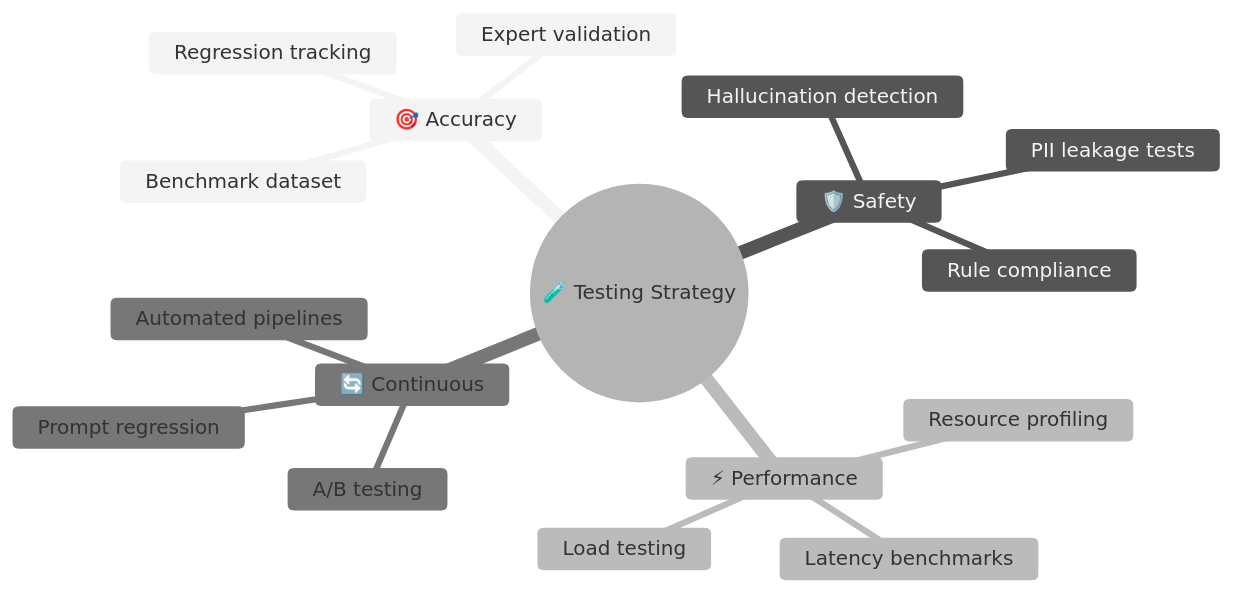
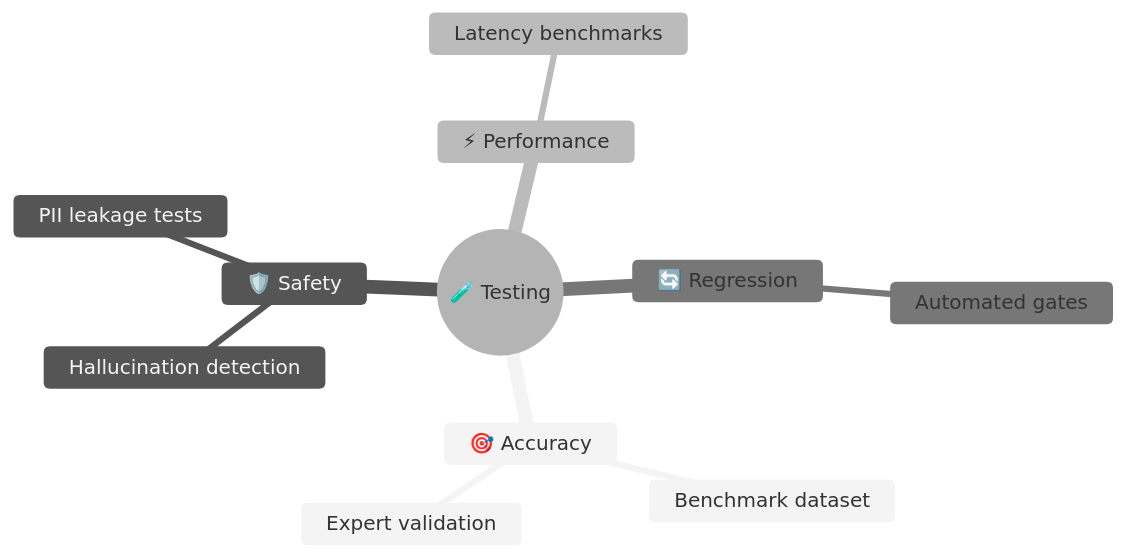
Before and after one commit to Px8Studio/yonja: the first of 2 diagrams in docs/zekalab/04-TESTING-STRATEGY.md, drawn with Mermaid. The commit also changed other lines of this file and 21 other files, not shown here.

Commit message:
Refactor documentation: Remove outdated welcome UI analysis and update README for ALEM project overview and architecture details

````diff
--- a/docs/zekalab/04-TESTING-STRATEGY.md
+++ b/docs/zekalab/04-TESTING-STRATEGY.md
@@ -24,21 +22,15 @@
 ```mermaid
 %%{init: {'theme': 'neutral'}}%%
 mindmap
-  root((🧪 Testing Strategy))
+  root((🧪 Testing))
     🎯 Accuracy
       Benchmark dataset
       Expert validation
-      Regression tracking
     🛡️ Safety
       Hallucination detection
       PII leakage tests
-      Rule compliance
     ⚡ Performance
       Latency benchmarks
-      Load testing
-      Resource profiling
-    🔄 Continuous
-      Automated pipelines
-      Prompt regression
-      A/B testing
+    🔄 Regression
+      Automated gates
 ```
````
